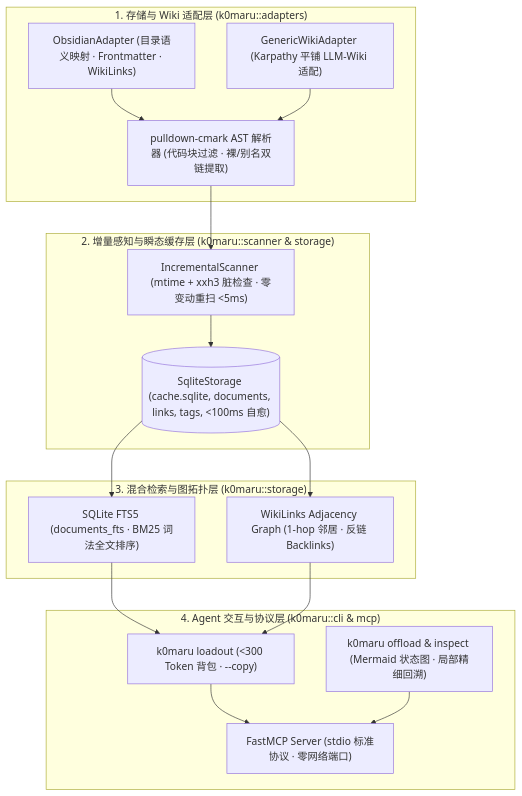
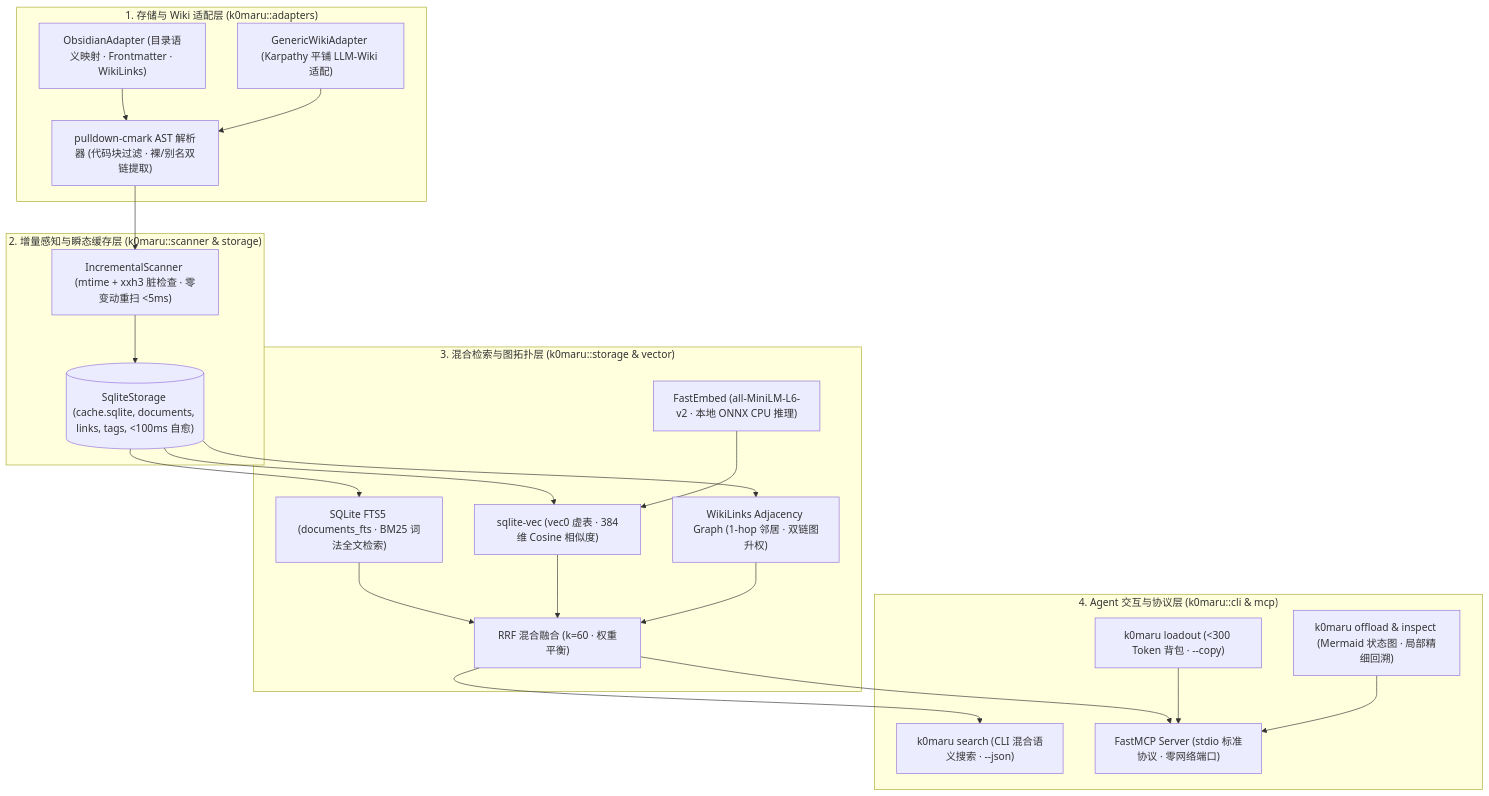
Before and after one commit to K0maru/k0maru-agent-memory: the second of 2 diagrams in README.md, drawn with Mermaid. The commit also changed other lines of this file and 3 other files, not shown here.

Commit message:
chore(release): bump version to 0.3.0 and document hybrid vector search engine

````diff
--- a/README.md
+++ b/README.md
@@ -90,31 +113,38 @@
 ```mermaid
 graph TD
     subgraph L1 ["1. 存储与 Wiki 适配层 (k0maru::adapters)"]
         Obsidian["ObsidianAdapter (目录语义映射 · Frontmatter · WikiLinks)"]
         Generic["GenericWikiAdapter (Karpathy 平铺 LLM-Wiki 适配)"]
         Parser["pulldown-cmark AST 解析器 (代码块过滤 · 裸/别名双链提取)"]
     end
 
     subgraph L2 ["2. 增量感知与瞬态缓存层 (k0maru::scanner & storage)"]
         Scanner["IncrementalScanner (mtime + xxh3 脏检查 · 零变动重扫 <5ms)"]
         Storage[("SqliteStorage (cache.sqlite, documents, links, tags, <100ms 自愈)")]
     end
 
-    subgraph L3 ["3. 混合检索与图拓扑层 (k0maru::storage)"]
-        FTS5["SQLite FTS5 (documents_fts · BM25 词法全文排序)"]
-        Graph["WikiLinks Adjacency Graph (1-hop 邻居 · 反链 Backlinks)"]
+    subgraph L3 ["3. 混合检索与图拓扑层 (k0maru::storage & vector)"]
+        FTS5["SQLite FTS5 (documents_fts · BM25 词法全文检索)"]
+        Vec["sqlite-vec (vec0 虚表 · 384维 Cosine 相似度)"]
+        FastEmbed["FastEmbed (all-MiniLM-L6-v2 · 本地 ONNX CPU 推理)"]
+        RRF["RRF 混合融合 (k=60 · 权重平衡)"]
+        Graph["WikiLinks Adjacency Graph (1-hop 邻居 · 双链图升权)"]
     end
 
     subgraph L4 ["4. Agent 交互与协议层 (k0maru::cli & mcp)"]
         Loadout["k0maru loadout (<300 Token 背包 · --copy)"]
         Offload["k0maru offload & inspect (Mermaid 状态图 · 局部精细回溯)"]
+        Search["k0maru search (CLI 混合语义搜索 · --json)"]
         MCP["FastMCP Server (stdio 标准协议 · 零网络端口)"]
     end
 
     Obsidian & Generic --> Parser
     Parser --> Scanner
     Scanner --> Storage
-    Storage --> FTS5 & Graph
-    FTS5 & Graph --> Loadout
+    Storage --> FTS5 & Vec & Graph
+    FastEmbed --> Vec
+    FTS5 & Vec & Graph --> RRF
+    RRF --> Search
+    RRF --> MCP
     Loadout & Offload --> MCP
 ```
````
